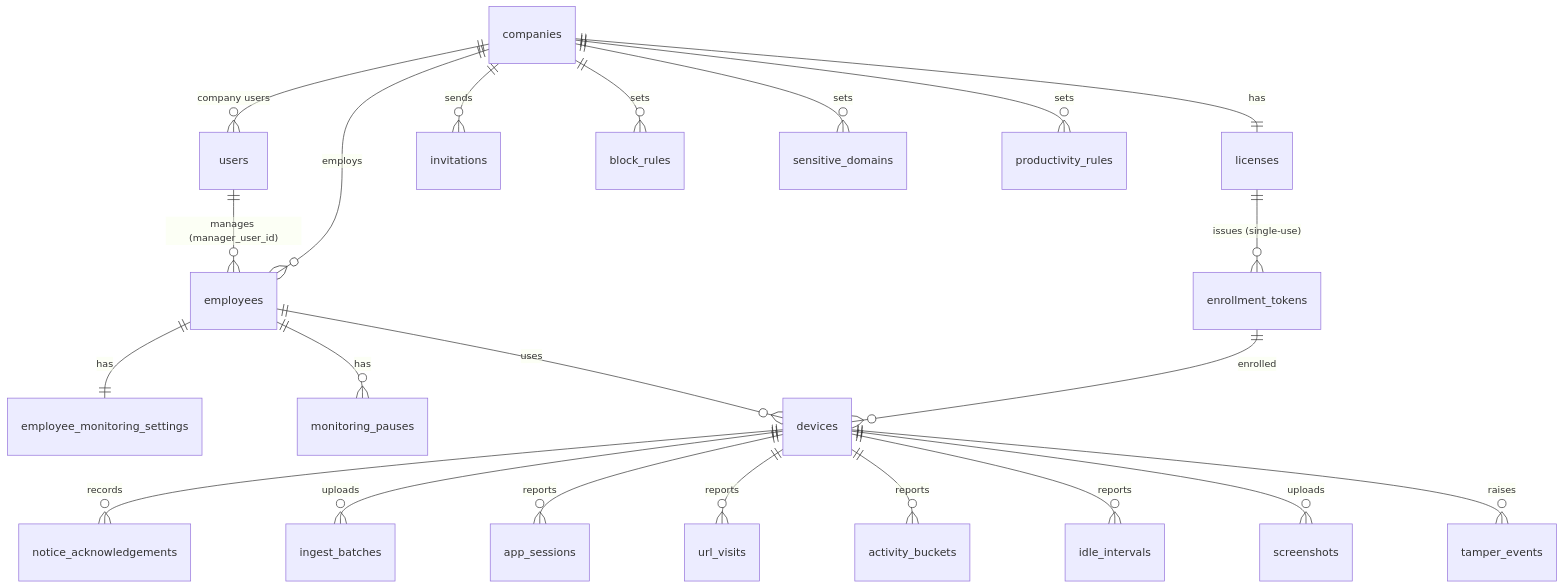
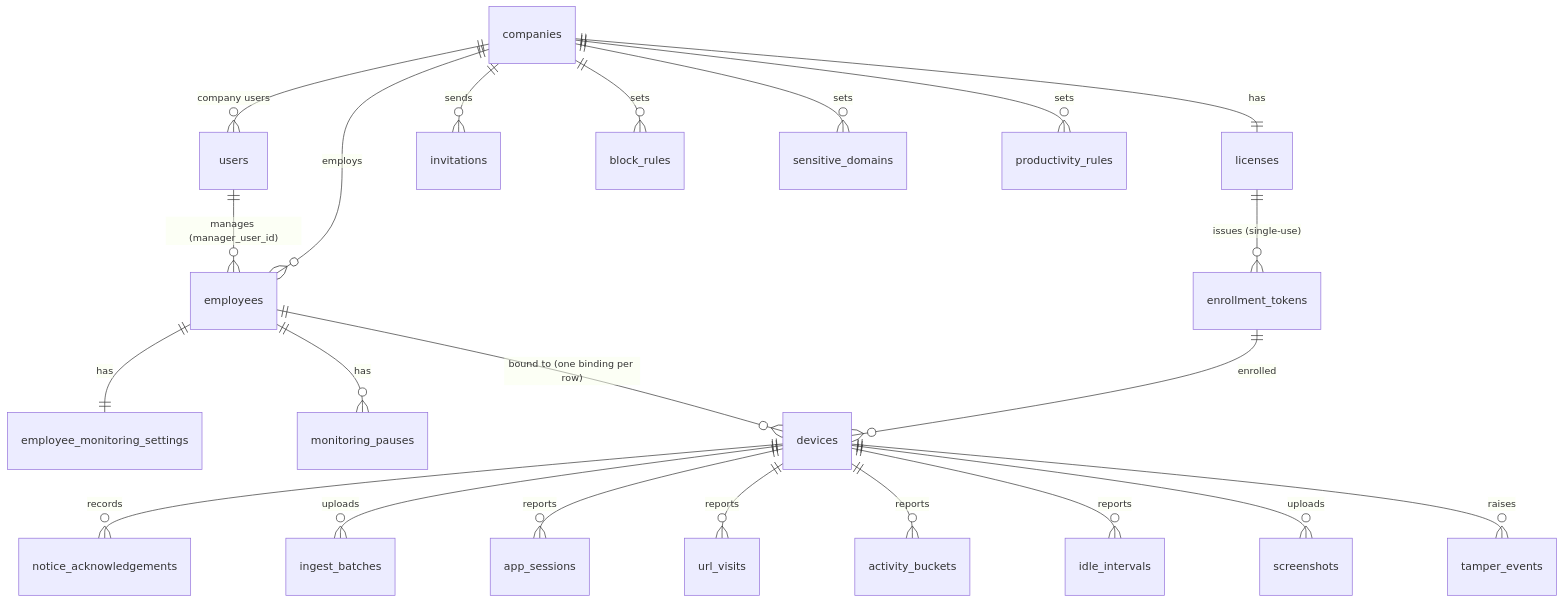
Before and after one commit to minhaz-nagorik/WorkBeat-Backend: the diagram in docs/core/architecture/data-model.md, drawn with Mermaid. The commit also changed other lines of this file and 103 other files, not shown here.

````diff
--- a/docs/core/architecture/data-model.md
+++ b/docs/core/architecture/data-model.md
@@ -40,24 +40,24 @@
 ```mermaid
 erDiagram
   companies ||--|| licenses : has
   companies ||--o{ users : "company users"
   companies ||--o{ invitations : sends
   companies ||--o{ employees : employs
   users ||--o{ employees : "manages (manager_user_id)"
   employees ||--|| employee_monitoring_settings : has
   employees ||--o{ monitoring_pauses : has
   licenses ||--o{ enrollment_tokens : "issues (single-use)"
   enrollment_tokens ||--o{ devices : enrolled
-  employees ||--o{ devices : uses
+  employees ||--o{ devices : "bound to (one binding per row)"
   devices ||--o{ notice_acknowledgements : records
   companies ||--o{ block_rules : sets
   companies ||--o{ sensitive_domains : sets
   companies ||--o{ productivity_rules : sets
   devices ||--o{ ingest_batches : uploads
   devices ||--o{ app_sessions : reports
   devices ||--o{ url_visits : reports
   devices ||--o{ activity_buckets : reports
   devices ||--o{ idle_intervals : reports
   devices ||--o{ screenshots : uploads
   devices ||--o{ tamper_events : raises
 ```
````
